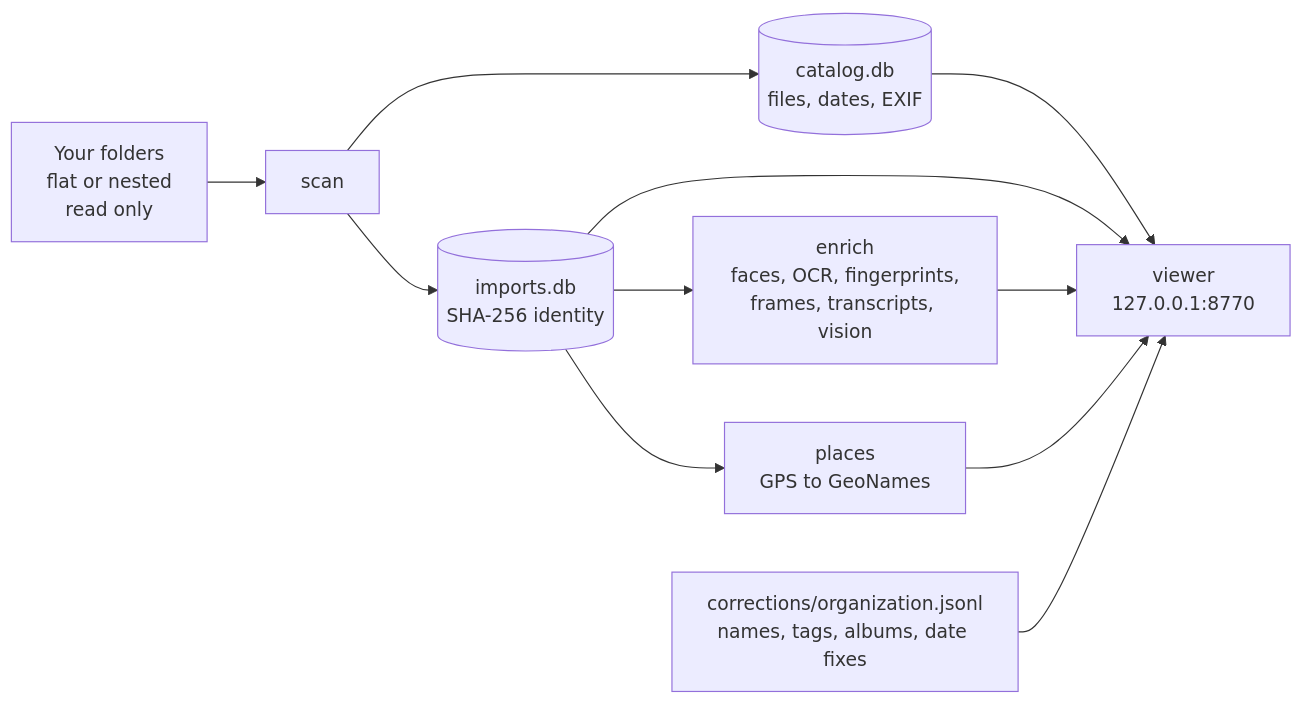
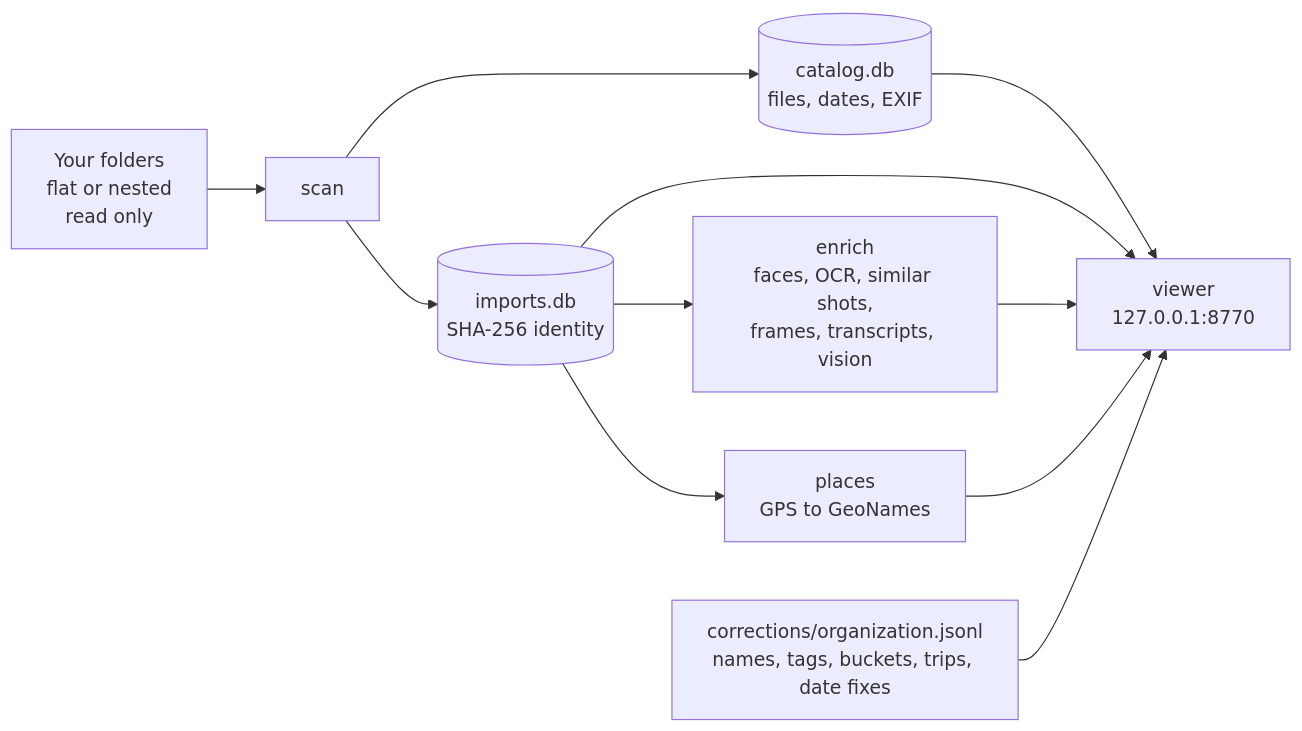
The diagram in README.md (Calculator5329/media-vault-oss), drawn with Mermaid before and after one commit. The commit also changed other lines of this file and 117 other files, not shown here.

````diff
--- a/README.md
+++ b/README.md
@@ -40,13 +40,13 @@
 ```mermaid
 flowchart LR
     A[Your folders<br/>flat or nested<br/>read only] --> B[scan]
     B --> C[(catalog.db<br/>files, dates, EXIF)]
     B --> D[(imports.db<br/>SHA-256 identity)]
     C --> E[viewer<br/>127.0.0.1:8770]
     D --> E
-    D --> F[enrich<br/>faces, OCR, fingerprints,<br/>frames, transcripts, vision]
+    D --> F[enrich<br/>faces, OCR, similar shots,<br/>frames, transcripts, vision]
     F --> E
     D --> G[places<br/>GPS to GeoNames]
     G --> E
-    H[corrections/organization.jsonl<br/>names, tags, albums, date fixes] --> E
+    H[corrections/organization.jsonl<br/>names, tags, buckets, trips, date fixes] --> E
 ```
````
